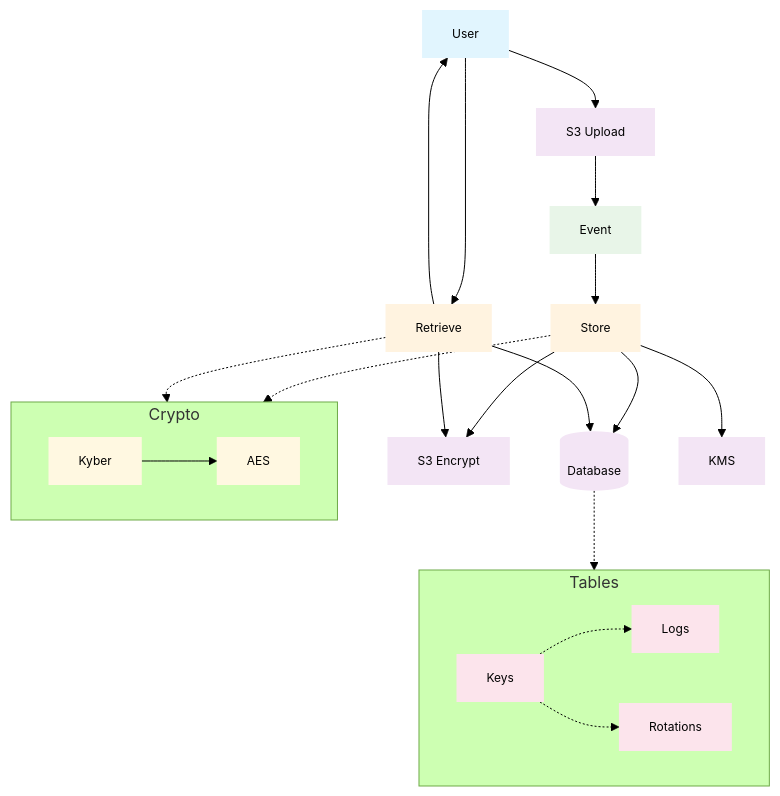
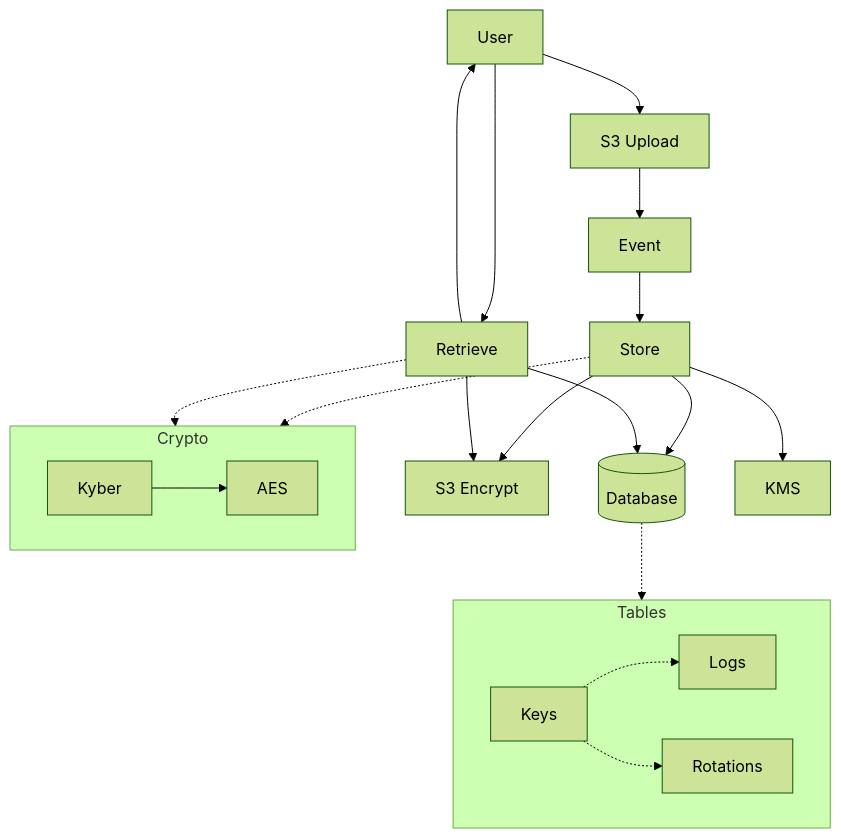
The diagram in README.md (m1rl0k/pqfile), drawn with Mermaid (forest theme) before and after one commit.

````diff
--- a/README.md
+++ b/README.md
@@ -17,70 +17,54 @@
 ```mermaid
 graph TB
     %% External Components
     User["User"]
     S3Up["S3 Upload"]
     S3Enc["S3 Encrypt"]
 
     %% Core Services
     Store["Store"]
     Retrieve["Retrieve"]
     DB[("Database")]
     KMS["KMS"]
 
     %% Event Flow
     Event["Event"]
 
     %% User Interactions
     User --> S3Up
     User --> Retrieve
 
     %% Automatic Encryption Flow
     S3Up --> Event
     Event --> Store
     Store --> DB
     Store --> KMS
     Store --> S3Enc
 
     %% Decryption Flow
     Retrieve --> DB
     Retrieve --> S3Enc
     Retrieve --> User
 
     %% Algorithm Details
     subgraph Algo ["Crypto"]
         Kyber["Kyber"]
         AES["AES"]
         Kyber --> AES
     end
 
     Store -.-> Algo
     Retrieve -.-> Algo
 
     %% Database Schema
     subgraph DBSchema ["Tables"]
         Keys["Keys"]
         Logs["Logs"]
         Rots["Rotations"]
 
         Keys -.-> Logs
         Keys -.-> Rots
     end
 
     DB -.-> DBSchema
-
-    %% Styling
-    classDef userClass fill:#e1f5fe,stroke:none,font-size:12px,color:#000
-    classDef lambdaClass fill:#fff3e0,stroke:none,font-size:12px,color:#000
-    classDef storageClass fill:#f3e5f5,stroke:none,font-size:12px,color:#000
-    classDef eventClass fill:#e8f5e8,stroke:none,font-size:12px,color:#000
-    classDef algorithmClass fill:#fff8e1,stroke:none,font-size:12px,color:#000
-    classDef dbClass fill:#fce4ec,stroke:none,font-size:12px,color:#000
-
-    class User userClass
-    class Store,Retrieve lambdaClass
-    class S3Up,S3Enc storageClass
-    class DB,KMS storageClass
-    class Event eventClass
-    class Kyber,AES algorithmClass
-    class Keys,Logs,Rots dbClass
 ```
````
